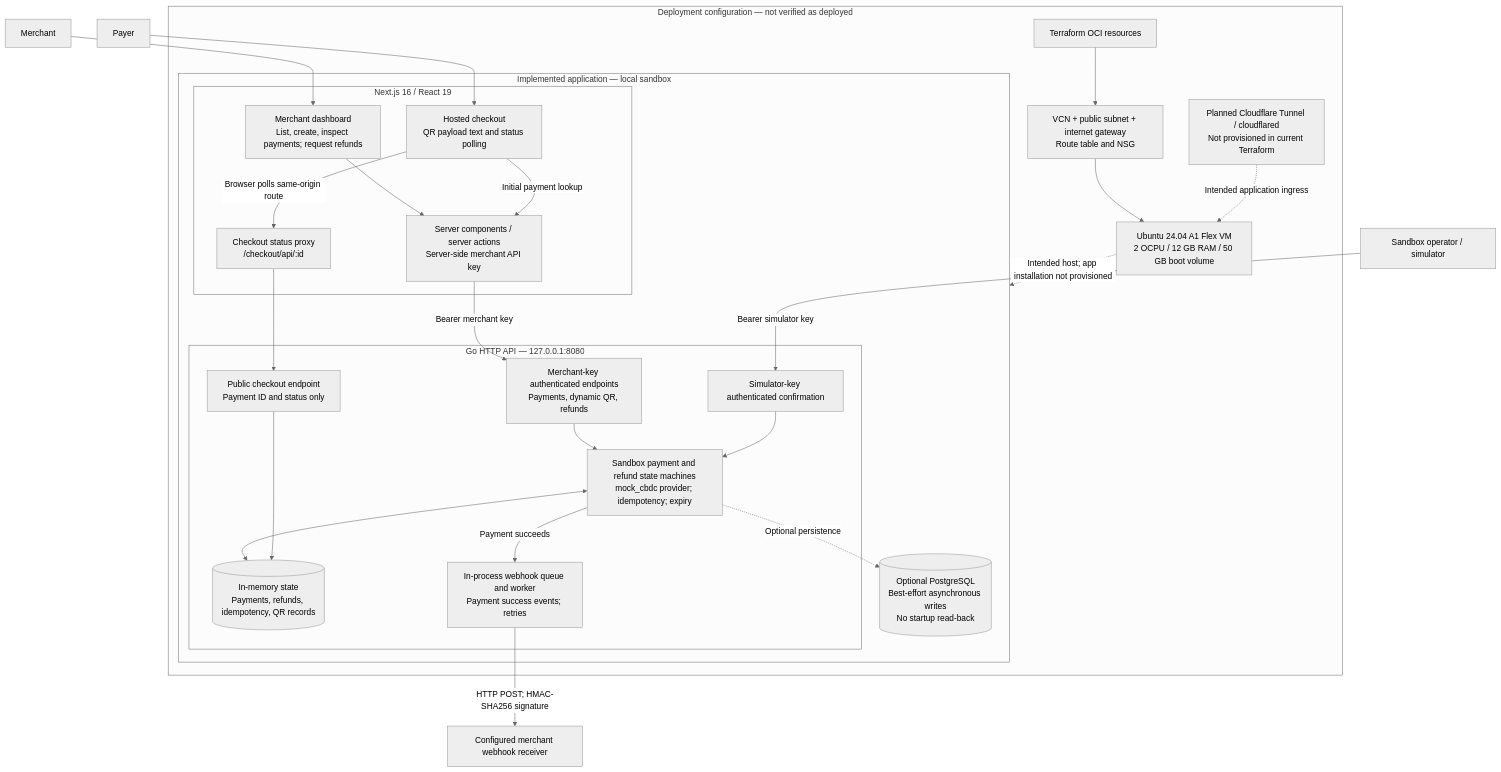
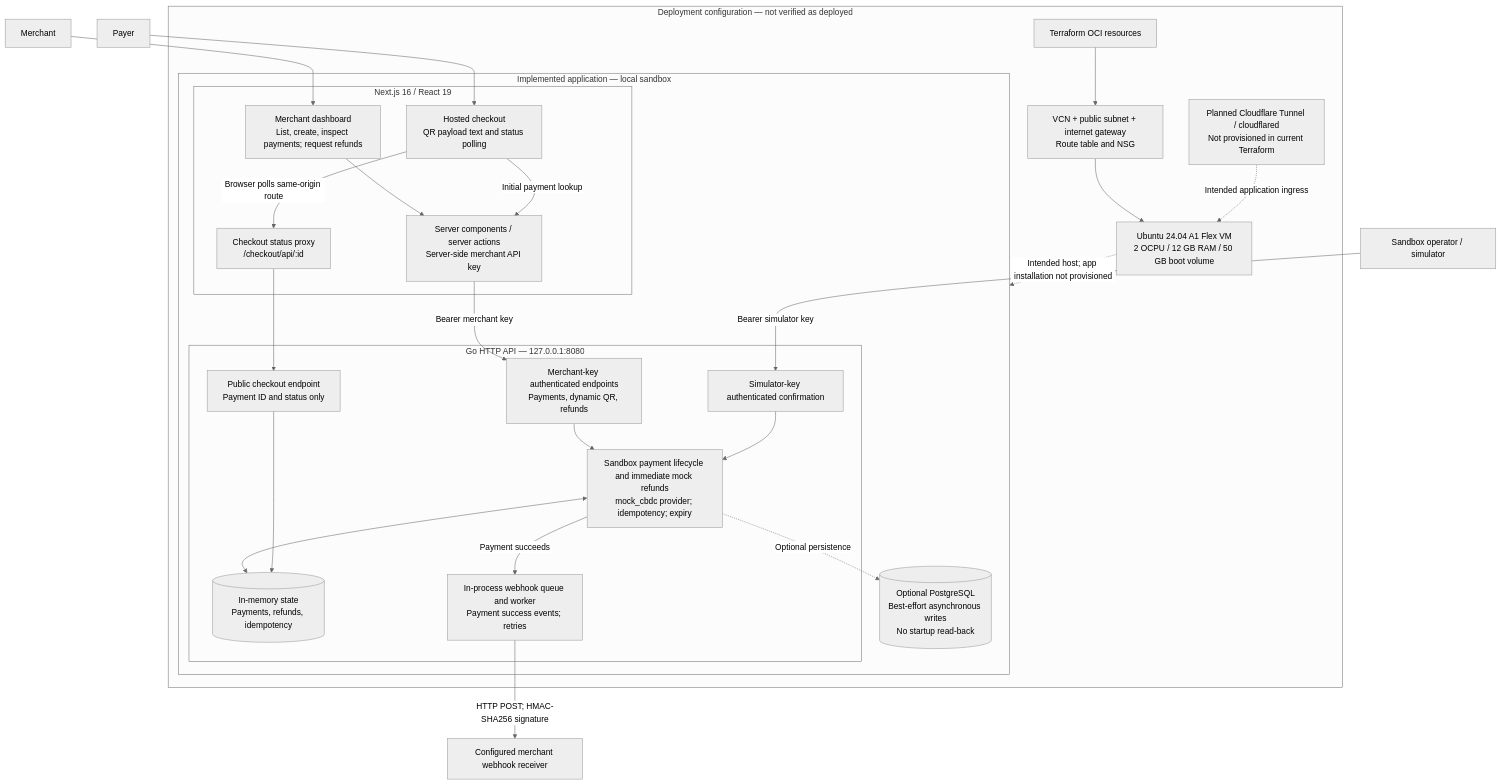
One commit to Raum-Network/RaumPay changed the diagram in ARCHITECTURE.md. Above: the diagram before and after it, drawn with Mermaid (neutral theme). The commit also changed 9 other files, not shown here.

````diff
--- a/ARCHITECTURE.md
+++ b/ARCHITECTURE.md
@@ -5,54 +5,54 @@
 ```mermaid
 flowchart TB
     Merchant["Merchant"]
     Payer["Payer"]
     Simulator["Sandbox operator / simulator"]
 
     subgraph App["Implemented application — local sandbox"]
         subgraph Web["Next.js 16 / React 19"]
             Dashboard["Merchant dashboard<br/>List, create, inspect payments; request refunds"]
             Checkout["Hosted checkout<br/>QR payload text and status polling"]
             Server["Server components / server actions<br/>Server-side merchant API key"]
             Proxy["Checkout status proxy<br/>/checkout/api/:id"]
         end
 
         subgraph Backend["Go HTTP API — 127.0.0.1:8080"]
             API["Merchant-key authenticated endpoints<br/>Payments, dynamic QR, refunds"]
             Public["Public checkout endpoint<br/>Payment ID and status only"]
             Confirm["Simulator-key authenticated confirmation"]
-            Core["Sandbox payment and refund state machines<br/>mock_cbdc provider; idempotency; expiry"]
-            Memory[("In-memory state<br/>Payments, refunds, idempotency, QR records")]
+            Core["Sandbox payment lifecycle and immediate mock refunds<br/>mock_cbdc provider; idempotency; expiry"]
+            Memory[("In-memory state<br/>Payments, refunds, idempotency")]
             Worker["In-process webhook queue and worker<br/>Payment success events; retries"]
         end
         DB[("Optional PostgreSQL<br/>Best-effort asynchronous writes<br/>No startup read-back")]
     end
 
     Receiver["Configured merchant webhook receiver"]
 
     Merchant --> Dashboard
     Payer --> Checkout
     Dashboard --> Server
     Checkout -->|"Initial payment lookup"| Server
     Server -->|"Bearer merchant key"| API
     Checkout -->|"Browser polls same-origin route"| Proxy
     Proxy --> Public
     Simulator -->|"Bearer simulator key"| Confirm
     API --> Core
     Confirm --> Core
     Core <--> Memory
     Public --> Memory
     Core -.->|"Optional persistence"| DB
     Core -->|"Payment succeeds"| Worker
     Worker -->|"HTTP POST; HMAC-SHA256 signature"| Receiver
 
     subgraph Infra["Deployment configuration — not verified as deployed"]
         Terraform["Terraform OCI resources"]
         Network["VCN + public subnet + internet gateway<br/>Route table and NSG"]
         VM["Ubuntu 24.04 A1 Flex VM<br/>2 OCPU / 12 GB RAM / 50 GB boot volume"]
         Tunnel["Planned Cloudflare Tunnel / cloudflared<br/>Not provisioned in current Terraform"]
         Terraform --> Network
         Network --> VM
         Tunnel -.->|"Intended application ingress"| VM
         VM -.->|"Intended host; app installation not provisioned"| App
     end
 ```
````
